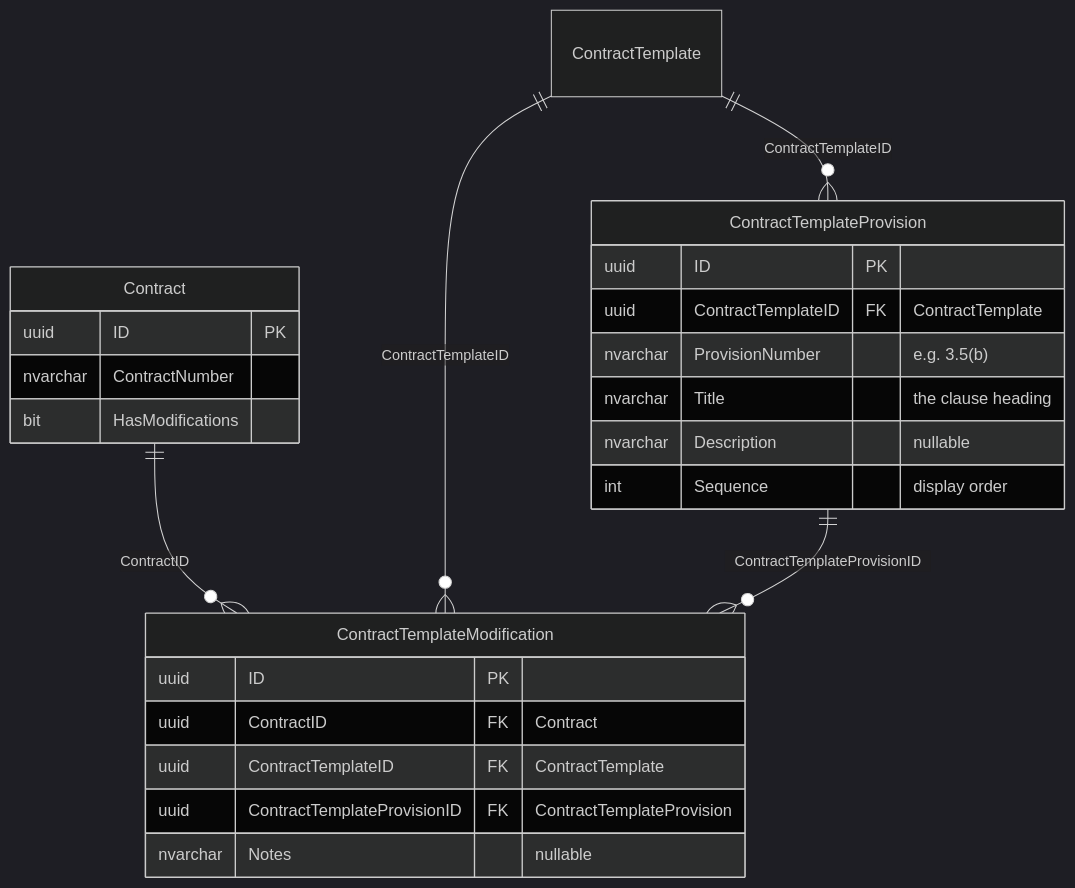
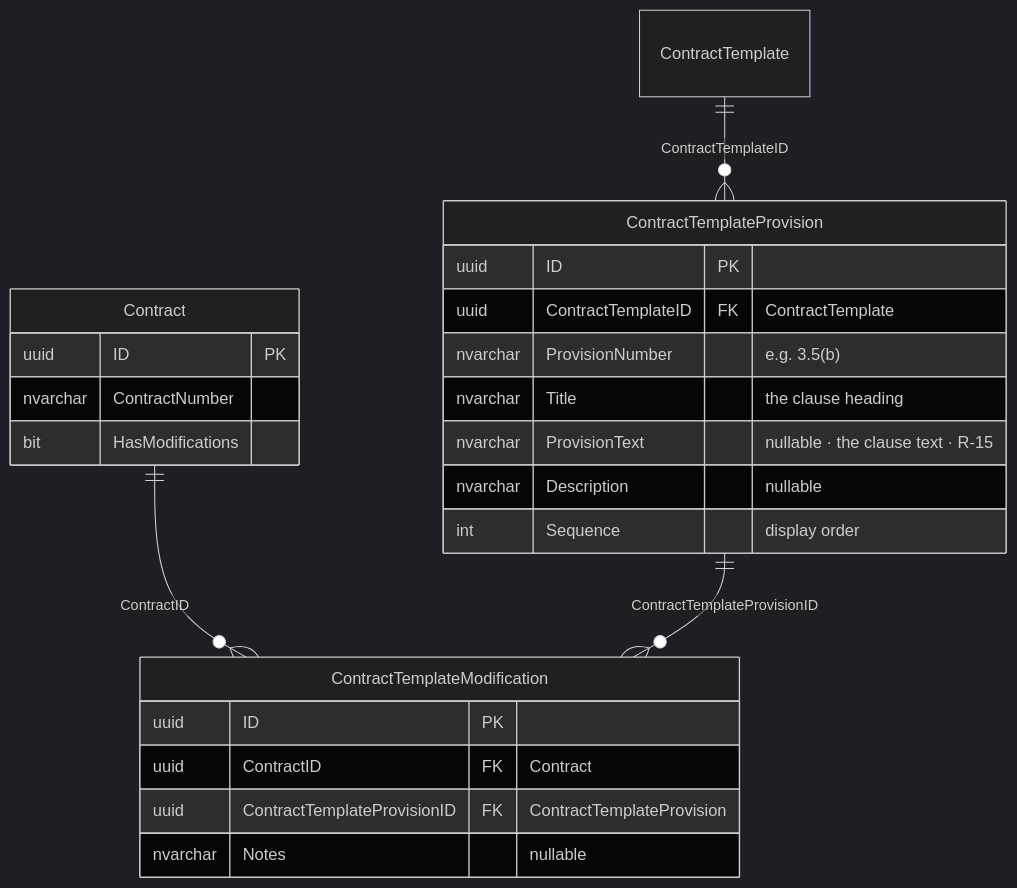
Before and after one commit to MemberJunction/bizapps-contracts: the fifth of 6 diagrams in plans/ERD-planned.md, drawn with Mermaid (dark theme). The commit also changed other lines of this file and 1 other file, not shown here.

````diff
--- a/plans/ERD-planned.md
+++ b/plans/ERD-planned.md
@@ -445,30 +444,29 @@
 ```mermaid
 erDiagram
     ContractTemplate ||--o{ ContractTemplateProvision : "ContractTemplateID"
     Contract ||--o{ ContractTemplateModification : "ContractID"
-    ContractTemplate ||--o{ ContractTemplateModification : "ContractTemplateID"
     ContractTemplateProvision ||--o{ ContractTemplateModification : "ContractTemplateProvisionID"
 
     ContractTemplateProvision {
         uuid ID PK
         uuid ContractTemplateID FK "ContractTemplate"
         nvarchar ProvisionNumber "e.g. 3.5(b)"
         nvarchar Title "the clause heading"
+        nvarchar ProvisionText "nullable · the clause text · R-15"
         nvarchar Description "nullable"
         int Sequence "display order"
     }
 
     ContractTemplateModification {
         uuid ID PK
         uuid ContractID FK "Contract"
-        uuid ContractTemplateID FK "ContractTemplate"
         uuid ContractTemplateProvisionID FK "ContractTemplateProvision"
         nvarchar Notes "nullable"
     }
 
     Contract {
         uuid ID PK
         nvarchar ContractNumber
         bit HasModifications
     }
 ```
````
